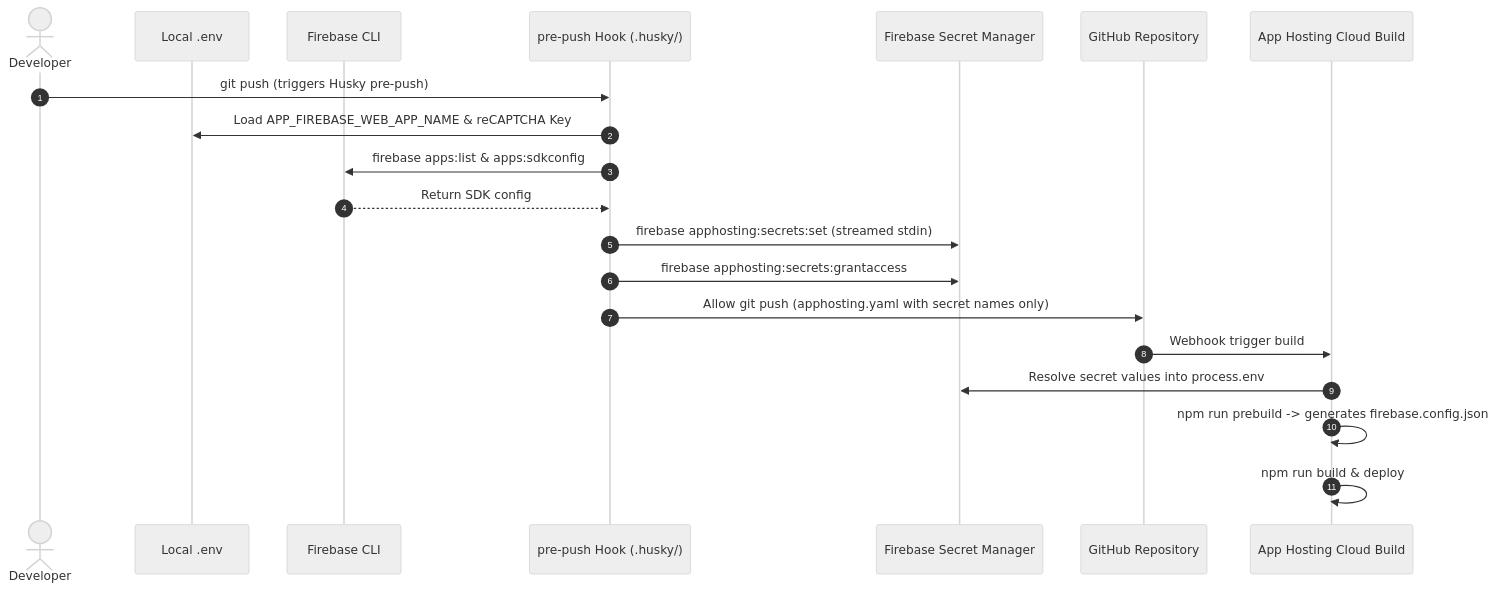
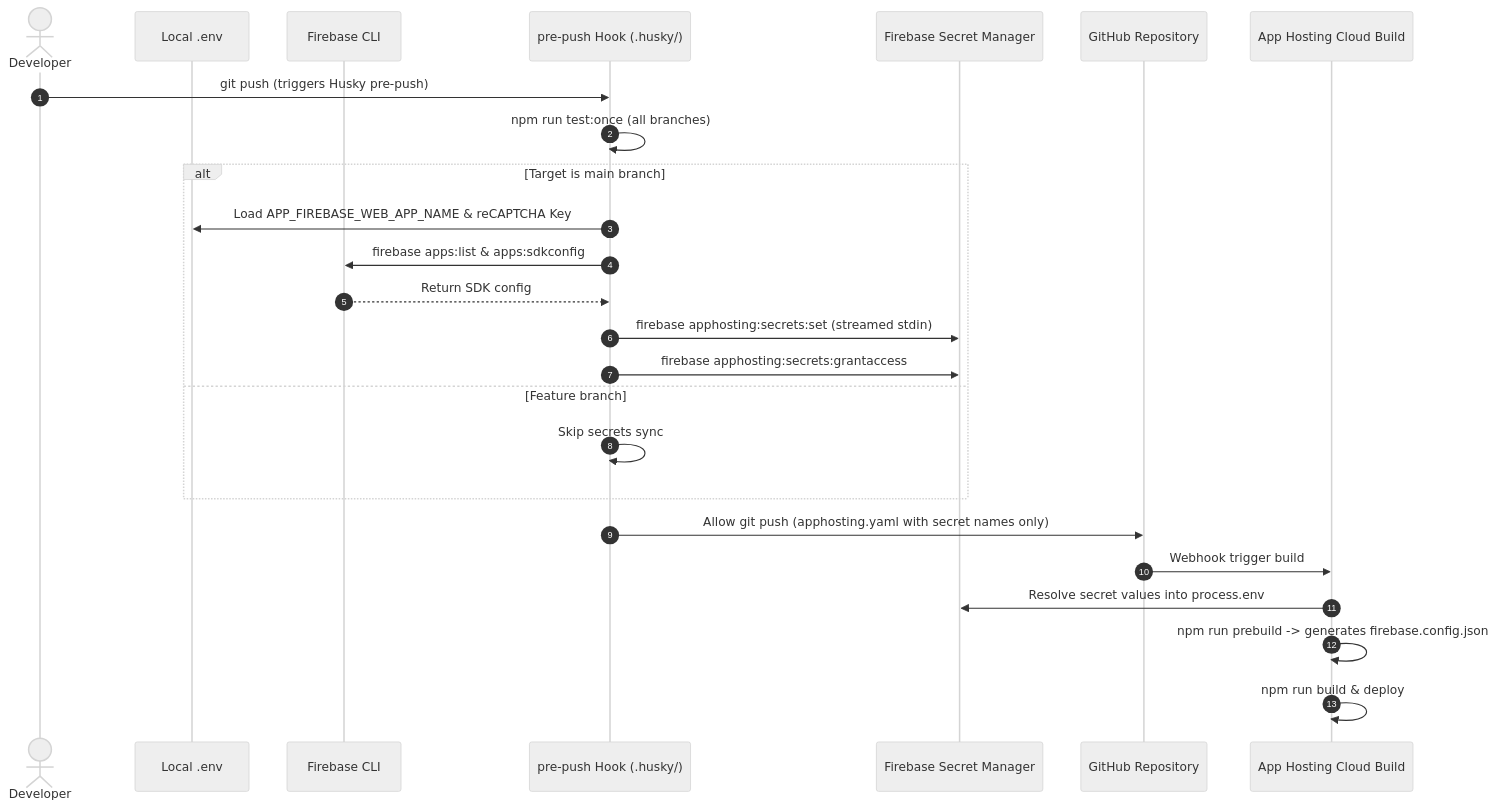
One commit to railsstudent/ng-firebase-tts changed the diagram in docs/adr/0007-app-hosting-secret-management-strategy.md. Above: the diagram before and after it, drawn with Mermaid (neutral theme). The commit also changed other lines of this file and 1 other file, not shown here.

Commit message:
chore: sync secrets on main branch only

````diff
--- a/docs/adr/0007-app-hosting-secret-management-strategy.md
+++ b/docs/adr/0007-app-hosting-secret-management-strategy.md
@@ -85,23 +86,28 @@
 ```mermaid
 sequenceDiagram
     autonumber
     actor Dev as Developer
     participant Env as Local .env
     participant CLI as Firebase CLI
     participant Hook as pre-push Hook (.husky/)
     participant Cloud as Firebase Secret Manager
     participant GitHub as GitHub Repository
     participant Host as App Hosting Cloud Build
 
     Dev->>Hook: git push (triggers Husky pre-push)
-    Hook->>Env: Load APP_FIREBASE_WEB_APP_NAME & reCAPTCHA Key
-    Hook->>CLI: firebase apps:list & apps:sdkconfig
-    CLI-->>Hook: Return SDK config
-    Hook->>Cloud: firebase apphosting:secrets:set (streamed stdin)
-    Hook->>Cloud: firebase apphosting:secrets:grantaccess
+    Hook->>Hook: npm run test:once (all branches)
+    alt Target is main branch
+        Hook->>Env: Load APP_FIREBASE_WEB_APP_NAME & reCAPTCHA Key
+        Hook->>CLI: firebase apps:list & apps:sdkconfig
+        CLI-->>Hook: Return SDK config
+        Hook->>Cloud: firebase apphosting:secrets:set (streamed stdin)
+        Hook->>Cloud: firebase apphosting:secrets:grantaccess
+    else Feature branch
+        Hook->>Hook: Skip secrets sync
+    end
     Hook->>GitHub: Allow git push (apphosting.yaml with secret names only)
     GitHub->>Host: Webhook trigger build
     Host->>Cloud: Resolve secret values into process.env
     Host->>Host: npm run prebuild -> generates firebase.config.json
     Host->>Host: npm run build & deploy
 ```
````
